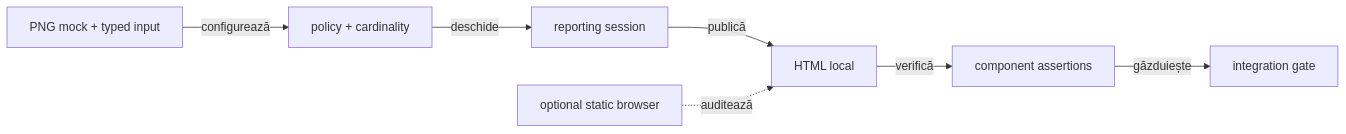
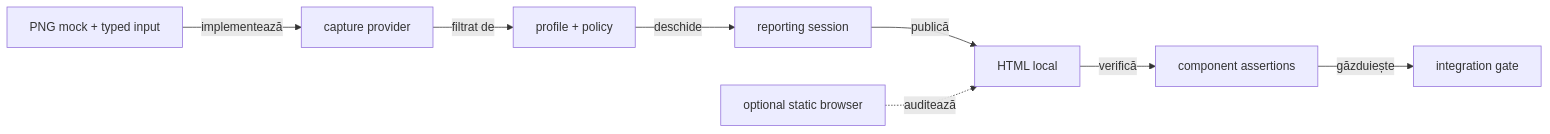
One commit to crististefanita/demo2 changed the second of 3 diagrams in atf-reporting-tests/README.md. Above: the diagram before and after it, drawn with Mermaid. The commit also changed other lines of this file and 69 other files, not shown here.

````diff
--- a/atf-reporting-tests/README.md
+++ b/atf-reporting-tests/README.md
@@ -136,9 +136,10 @@
 ```mermaid
 flowchart LR
-    Fixture[PNG mock + typed input] -->|configurează| Policy[policy + cardinality]
+    Fixture[PNG mock + typed input] -->|implementează| Provider[capture provider]
+    Provider -->|filtrat de| Policy[profile + policy]
     Policy -->|deschide| Session[reporting session]
     Session -->|publică| Html[HTML local]
     Html -->|verifică| Contract[component assertions]
     Contract -->|găzduiește| Integration[integration gate]
     Browser[optional static browser] -. auditează .-> Html
 ```
````
